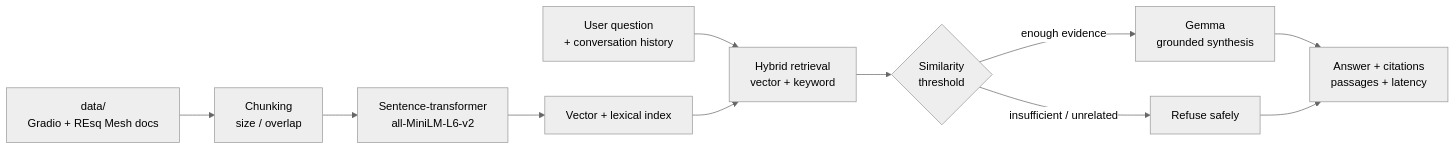
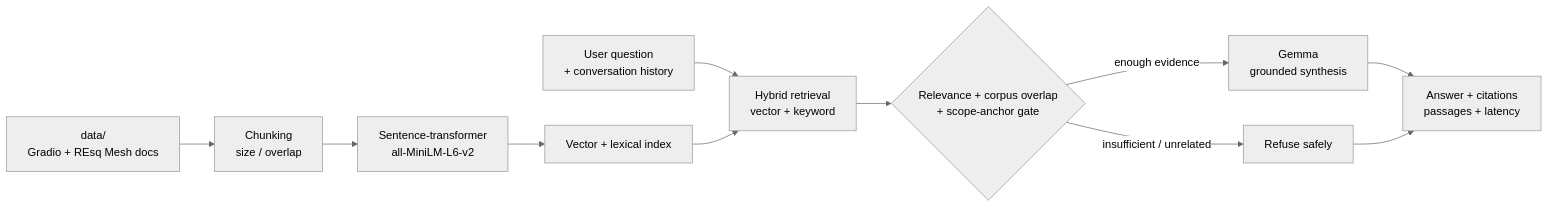
One commit to yashwan7/hacktoberfest-tumkur changed the diagram in README.md. Above: the diagram before and after it, drawn with Mermaid (neutral theme). The commit also changed other lines of this file and 8 other files, not shown here.

````diff
--- a/README.md
+++ b/README.md
@@ -13,13 +13,13 @@
 ```mermaid
 flowchart LR
     DOCS["data/\nGradio + REsq Mesh docs"] --> CHUNK["Chunking\nsize / overlap"]
     CHUNK --> EMBED["Sentence-transformer\nall-MiniLM-L6-v2"]
     EMBED --> INDEX["Vector + lexical index"]
     Q["User question\n+ conversation history"] --> RETRIEVE["Hybrid retrieval\nvector + keyword"]
     INDEX --> RETRIEVE
-    RETRIEVE --> GATE{"Similarity\nthreshold"}
+    RETRIEVE --> GATE{"Relevance + corpus overlap\n+ scope-anchor gate"}
     GATE -- "enough evidence" --> GEMMA["Gemma\ngrounded synthesis"]
     GATE -- "insufficient / unrelated" --> REFUSE["Refuse safely"]
     GEMMA --> UI["Answer + citations\npassages + latency"]
     REFUSE --> UI
 ```
````
